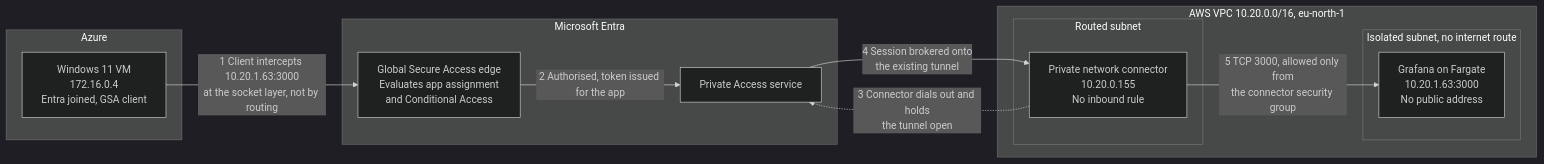
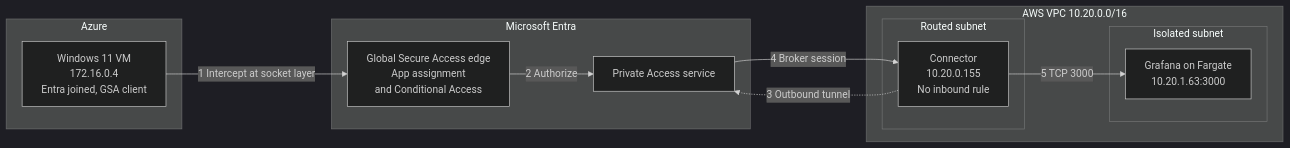
The diagram in worklogs/phase-5-private-access-assignment.md (sindredg/cross-cloud-entra-aws), drawn with Mermaid (dark theme) before and after one commit. The commit also changed other lines of this file and 12 other files, not shown here.

````diff
--- a/worklogs/phase-5-private-access-assignment.md
+++ b/worklogs/phase-5-private-access-assignment.md
@@ -23,26 +17,26 @@
 ```mermaid
 flowchart LR
     subgraph Azure["Azure"]
         Client["Windows 11 VM<br/>172.16.0.4<br/>Entra joined, GSA client"]
     end
 
     subgraph Entra["Microsoft Entra"]
-        Edge["Global Secure Access edge<br/>Evaluates app assignment<br/>and Conditional Access"]
+        Edge["Global Secure Access edge<br/>App assignment<br/>and Conditional Access"]
         PA["Private Access service"]
     end
 
-    subgraph VPC["AWS VPC 10.20.0.0/16, eu-north-1"]
+    subgraph VPC["AWS VPC 10.20.0.0/16"]
         subgraph Routed["Routed subnet"]
-            Connector["Private network connector<br/>10.20.0.155<br/>No inbound rule"]
+            Connector["Connector<br/>10.20.0.155<br/>No inbound rule"]
         end
-        subgraph Isolated["Isolated subnet, no internet route"]
-            Target["Grafana on Fargate<br/>10.20.1.63:3000<br/>No public address"]
+        subgraph Isolated["Isolated subnet"]
+            Target["Grafana on Fargate<br/>10.20.1.63:3000"]
         end
     end
 
-    Client -->|"1 Client intercepts 10.20.1.63:3000<br/>at the socket layer, not by routing"| Edge
-    Edge -->|"2 Authorised, token issued for the app"| PA
-    Connector -.->|"3 Connector dials out and holds<br/>the tunnel open"| PA
-    PA -->|"4 Session brokered onto<br/>the existing tunnel"| Connector
-    Connector -->|"5 TCP 3000, allowed only from<br/>the connector security group"| Target
+    Client -->|"1 Intercept at socket layer"| Edge
+    Edge -->|"2 Authorize"| PA
+    Connector -.->|"3 Outbound tunnel"| PA
+    PA -->|"4 Broker session"| Connector
+    Connector -->|"5 TCP 3000"| Target
 ```
````
